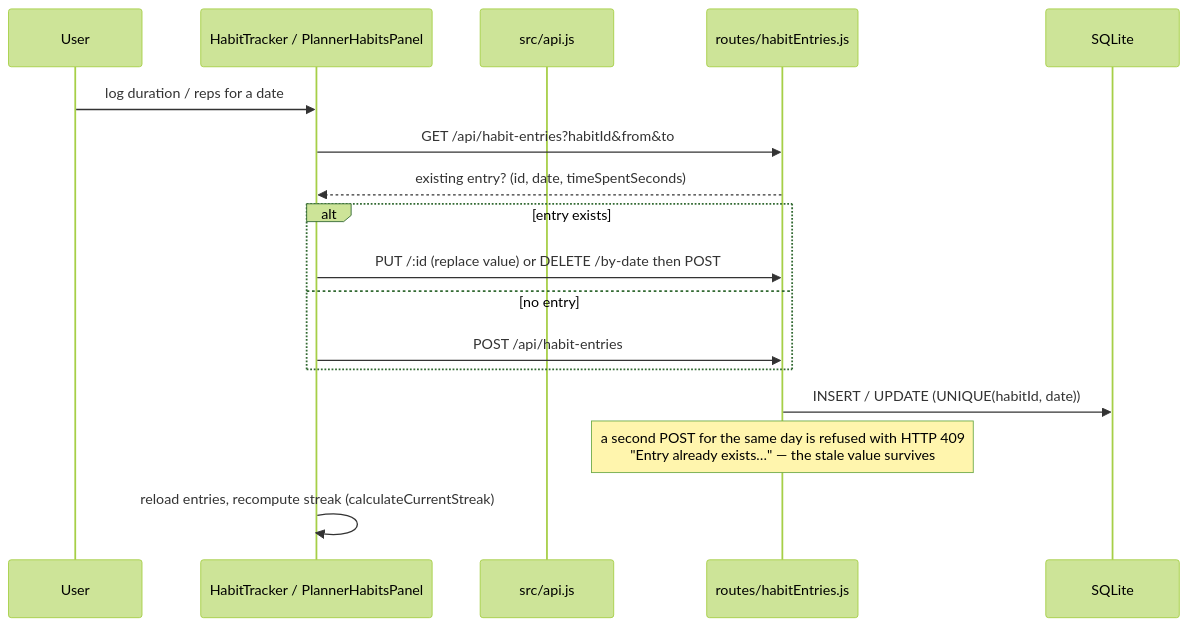
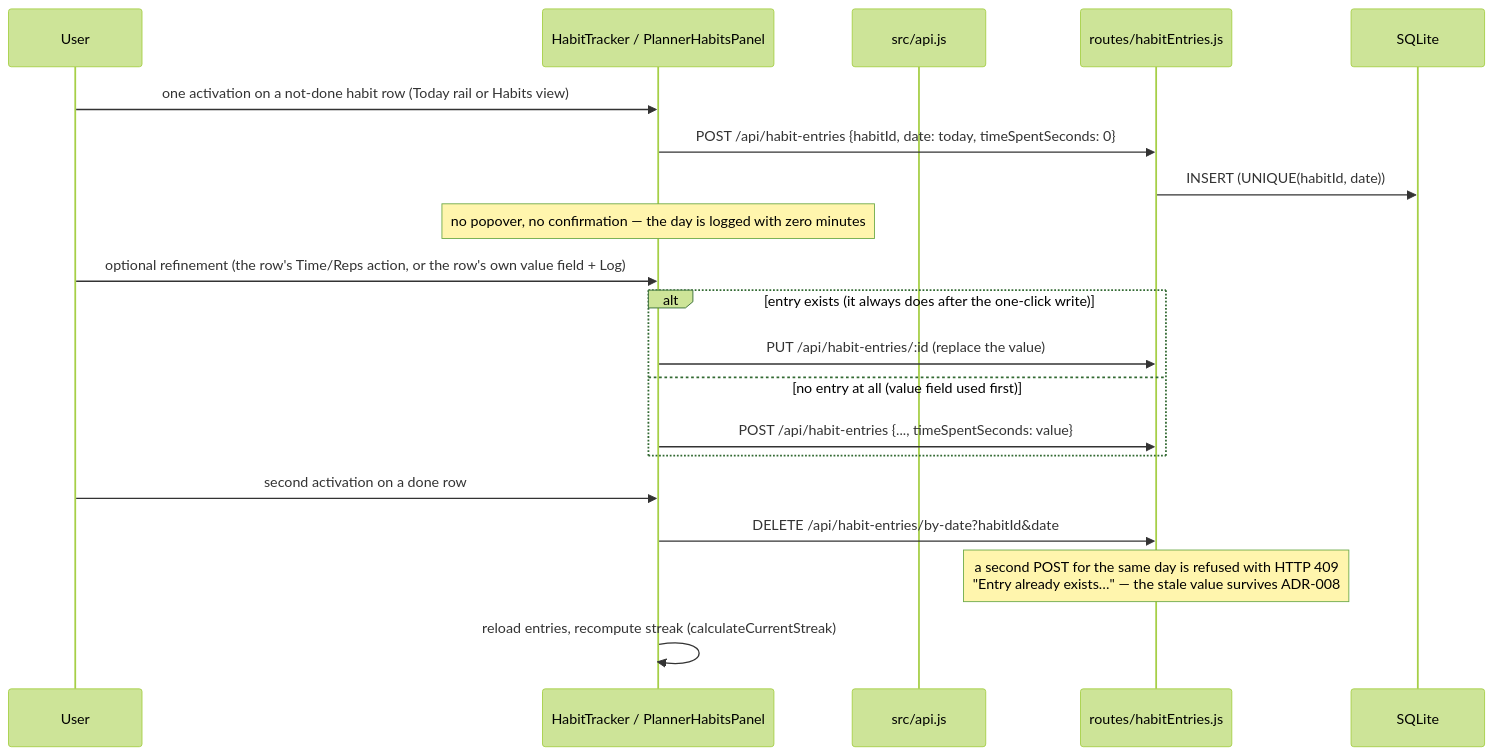
The fourth of 7 diagrams in .dev_context/ARCHITECTURE.md (lung123w/dayframe), drawn with Mermaid (forest theme) before and after one commit. The commit also changed other lines of this file and 2 other files, not shown here.

Commit message:
docs(dev-context): record the stage-3 rows, focus actions and one-click habits (Rule B)

````diff
--- a/.dev_context/ARCHITECTURE.md
+++ b/.dev_context/ARCHITECTURE.md
@@ -129,20 +136,23 @@
 ```mermaid
 sequenceDiagram
     participant U as User
     participant V as HabitTracker / PlannerHabitsPanel
     participant A as src/api.js
     participant E as routes/habitEntries.js
     participant D as SQLite
 
-    U->>V: log duration / reps for a date
-    V->>E: GET /api/habit-entries?habitId&from&to
-    E-->>V: existing entry? (id, date, timeSpentSeconds)
-    alt entry exists
-        V->>E: PUT /:id (replace value) or DELETE /by-date then POST
-    else no entry
-        V->>E: POST /api/habit-entries
+    U->>V: one activation on a not-done habit row (Today rail or Habits view)
+    V->>E: POST /api/habit-entries {habitId, date: today, timeSpentSeconds: 0}
+    E->>D: INSERT (UNIQUE(habitId, date))
+    Note over V: no popover, no confirmation — the day is logged with zero minutes
+    U->>V: optional refinement (the row's Time/Reps action, or the row's own value field + Log)
+    alt entry exists (it always does after the one-click write)
+        V->>E: PUT /api/habit-entries/:id (replace the value)
+    else no entry at all (value field used first)
+        V->>E: POST /api/habit-entries {..., timeSpentSeconds: value}
     end
-    E->>D: INSERT / UPDATE (UNIQUE(habitId, date))
-    Note over E: a second POST for the same day is refused with HTTP 409<br/>"Entry already exists…" — the stale value survives
+    U->>V: second activation on a done row
+    V->>E: DELETE /api/habit-entries/by-date?habitId&date
+    Note over E: a second POST for the same day is refused with HTTP 409<br/>"Entry already exists…" — the stale value survives ADR-008
     V->>V: reload entries, recompute streak (calculateCurrentStreak)
 ```
````
